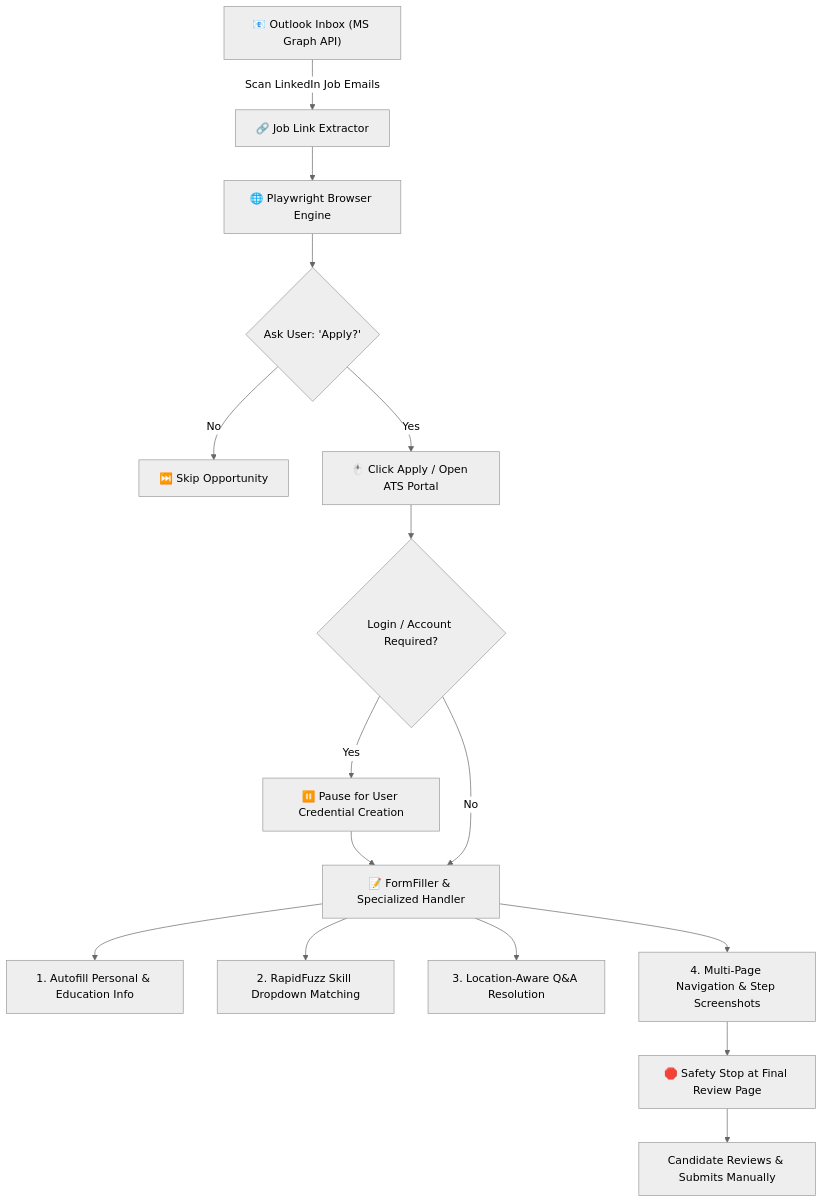
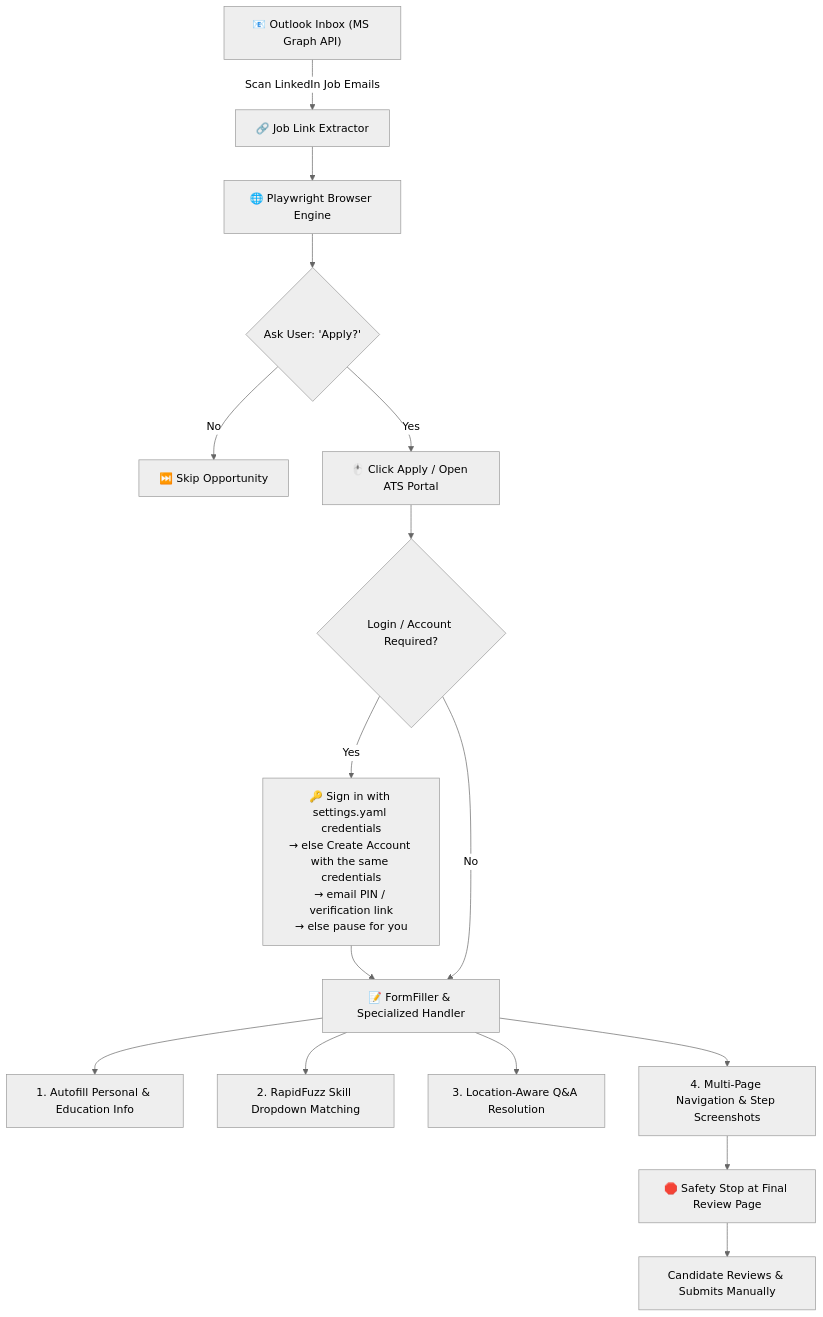
Before and after one commit to GradientDescentMadness/Tools: the diagram in Automatic Agentic JobApplicator/README.md, drawn with Mermaid (neutral theme). The commit also changed other lines of this file and 36 other files, not shown here.

````diff
--- a/Automatic Agentic JobApplicator/README.md
+++ b/Automatic Agentic JobApplicator/README.md
@@ -21,18 +21,18 @@
 ```mermaid
 flowchart TD
     A["📧 Outlook Inbox (MS Graph API)"] -->|Scan LinkedIn Job Emails| B["🔗 Job Link Extractor"]
     B --> C["🌐 Playwright Browser Engine"]
     C --> D{"Ask User: 'Apply?'"}
     D -- No --> E["⏭️ Skip Opportunity"]
     D -- Yes --> F["🖱️ Click Apply / Open ATS Portal"]
     F --> G{"Login / Account Required?"}
-    G -- Yes --> H["⏸️ Pause for User Credential Creation"]
-    H --> I["Proceed"]
+    G -- Yes --> H["🔑 Sign in with settings.yaml credentials<br/>→ else Create Account with the same credentials<br/>→ email PIN / verification link<br/>→ else pause for you"]
+    H --> I
     G -- No --> I["📝 FormFiller & Specialized Handler"]
     I --> J["1. Autofill Personal & Education Info"]
     I --> K["2. RapidFuzz Skill Dropdown Matching"]
     I --> L["3. Location-Aware Q&A Resolution"]
     I --> M["4. Multi-Page Navigation & Step Screenshots"]
     M --> N["🛑 Safety Stop at Final Review Page"]
     N --> O["Candidate Reviews & Submits Manually"]
 ```
````
